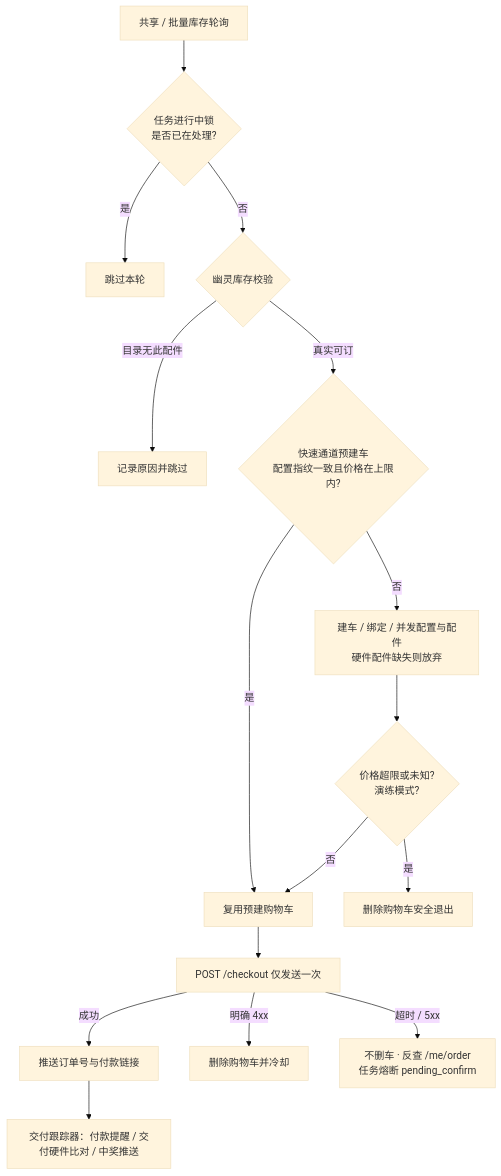
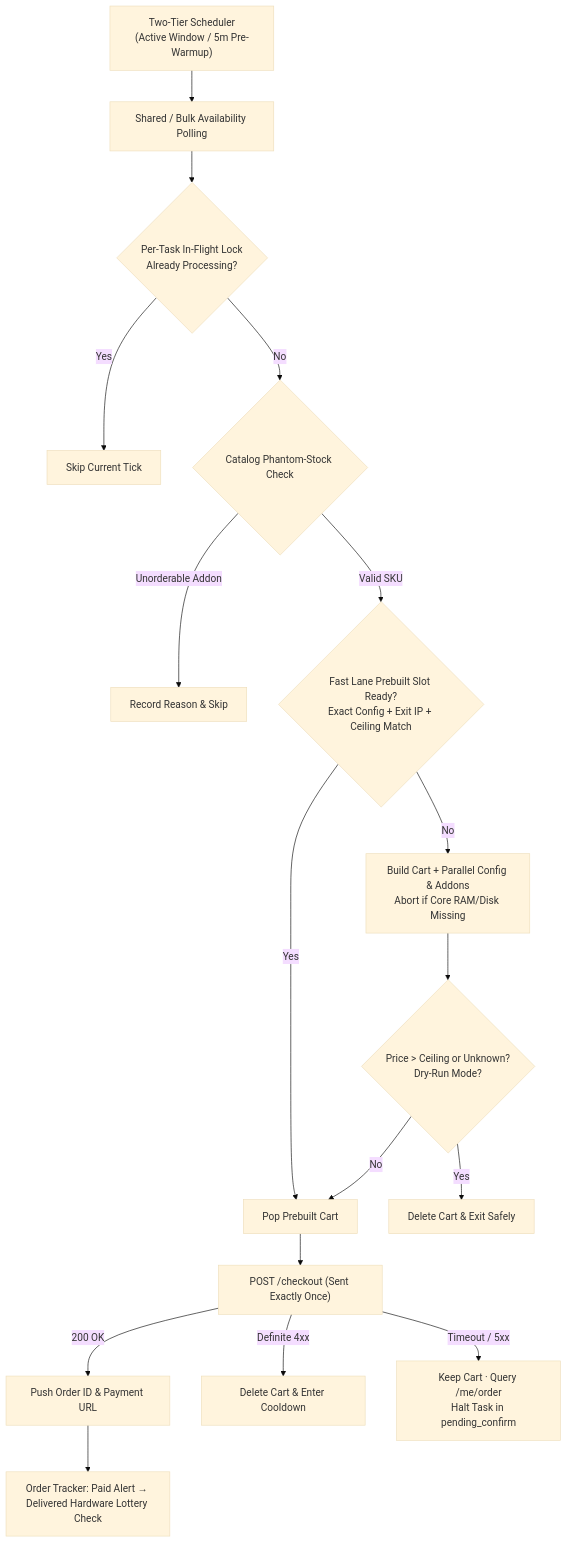
Before and after one commit to AtomBoyC/ovh-buyer: the diagram in README.md, drawn with Mermaid (base theme). The commit also changed other lines of this file and 19 other files, not shown here.

Commit message:
feat(scheduler,proxy,security): v2.2.0 two-tier scheduling, TLS-in-TLS & security hardening, bilingual docs

````diff
--- a/README.md
+++ b/README.md
@@ -93,18 +80,19 @@
 ```mermaid
 flowchart TD
-    A[共享 / 批量库存轮询] --> L{任务进行中锁<br/>是否已在处理?}
-    L -- 是 --> S[跳过本轮]
-    L -- 否 --> B{幽灵库存校验}
-    B -- 目录无此配件 --> X[记录原因并跳过]
-    B -- 真实可订 --> C{快速通道预建车<br/>配置指纹一致且价格在上限内?}
-    C -- 是 --> D[复用预建购物车]
-    C -- 否 --> E[建车 / 绑定 / 并发配置与配件<br/>硬件配件缺失则放弃]
-    E --> F{价格超限或未知?<br/>演练模式?}
-    F -- 是 --> G[删除购物车安全退出]
-    F -- 否 --> D
-    D --> H[POST /checkout 仅发送一次]
-    H -- 成功 --> I[推送订单号与付款链接]
-    H -- 明确 4xx --> J[删除购物车并冷却]
-    H -- 超时 / 5xx --> K[不删车 · 反查 /me/order<br/>任务熔断 pending_confirm]
-    I --> T[交付跟踪器：付款提醒 / 交付硬件比对 / 中奖推送]
+    S["Two-Tier Scheduler<br/>(Active Window / 5m Pre-Warmup)"] --> A["Shared / Bulk Availability Polling"]
+    A --> L{"Per-Task In-Flight Lock<br/>Already Processing?"}
+    L -- Yes --> SKIP["Skip Current Tick"]
+    L -- No --> B{"Catalog Phantom-Stock Check"}
+    B -- Unorderable Addon --> X["Record Reason & Skip"]
+    B -- Valid SKU --> C{"Fast Lane Prebuilt Slot Ready?<br/>Exact Config + Exit IP + Ceiling Match"}
+    C -- Yes --> D["Pop Prebuilt Cart"]
+    C -- No --> E["Build Cart + Parallel Config & Addons<br/>Abort if Core RAM/Disk Missing"]
+    E --> F{"Price > Ceiling or Unknown?<br/>Dry-Run Mode?"}
+    F -- Yes --> G["Delete Cart & Exit Safely"]
+    F -- No --> D
+    D --> H["POST /checkout (Sent Exactly Once)"]
+    H -- 200 OK --> I["Push Order ID & Payment URL"]
+    H -- Definite 4xx --> J["Delete Cart & Enter Cooldown"]
+    H -- Timeout / 5xx --> K["Keep Cart · Query /me/order<br/>Halt Task in pending_confirm"]
+    I --> T["Order Tracker: Paid Alert → Delivered Hardware Lottery Check"]
 ```
````
